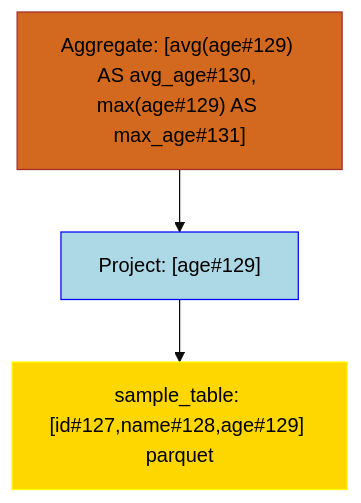
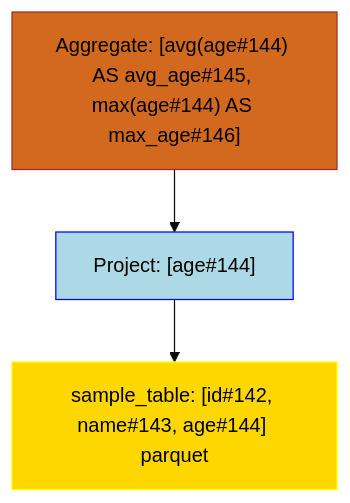
Before and after one commit to NielkNetraam/explainalyzed: the diagram in data/visualization/aggregation_1.mmd, drawn with Mermaid (base theme). The commit also changed 24 other files, not shown here.

```diff
--- a/data/visualization/aggregation_1.mmd
+++ b/data/visualization/aggregation_1.mmd
@@ -1,14 +1,14 @@
 flowchart TD
     classDef PROJECT stroke:Blue,fill:LightBlue,color:black
     classDef FILTER stroke:Green,fill:LightGreen,color:black
     classDef UNION stroke:Purple,fill:Violet,color:black
     classDef JOIN stroke:DarkOrange,fill:Orange,color:black
     classDef RELATION stroke:Yellow,fill:Gold,color:black
     classDef AGGREGATE stroke:Brown,fill:Chocolate,color:black
 
-    Aggregate#1["Aggregate: [avg(age#129) AS avg_age#130, max(age#129) AS max_age#131]"]:::AGGREGATE
-    Project#11["Project: [age#129]"]:::PROJECT
-    Relation#111["sample_table: [id#127,name#128,age#129] parquet"]:::RELATION
+    Aggregate#1["Aggregate: [avg(age#144) AS avg_age#145, max(age#144) AS max_age#146]"]:::AGGREGATE
+    Project#11["Project: [age#144]"]:::PROJECT
+    Relation#111["sample_table: [id#142, name#143, age#144] parquet"]:::RELATION
 
     Aggregate#1 --> Project#11
         Project#11 --> Relation#111
```
